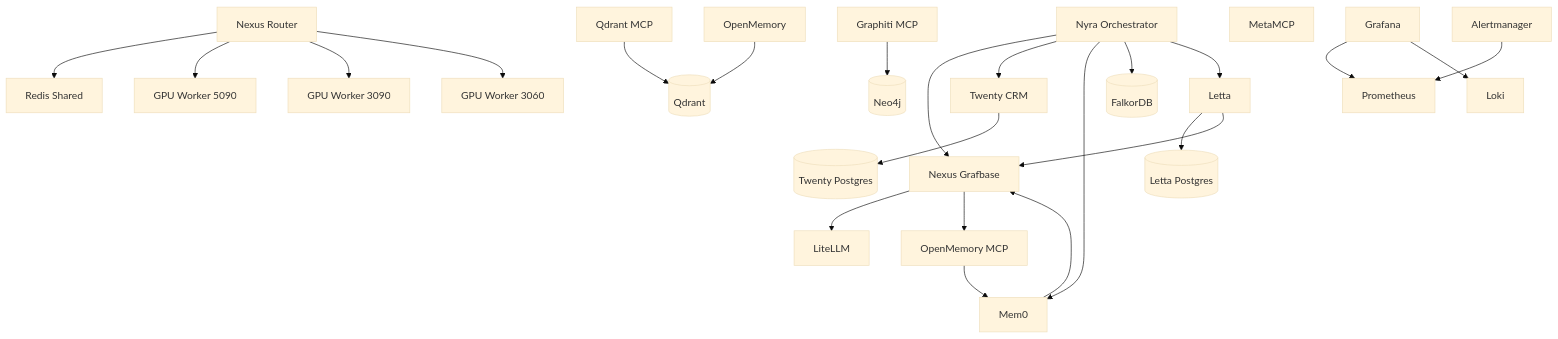
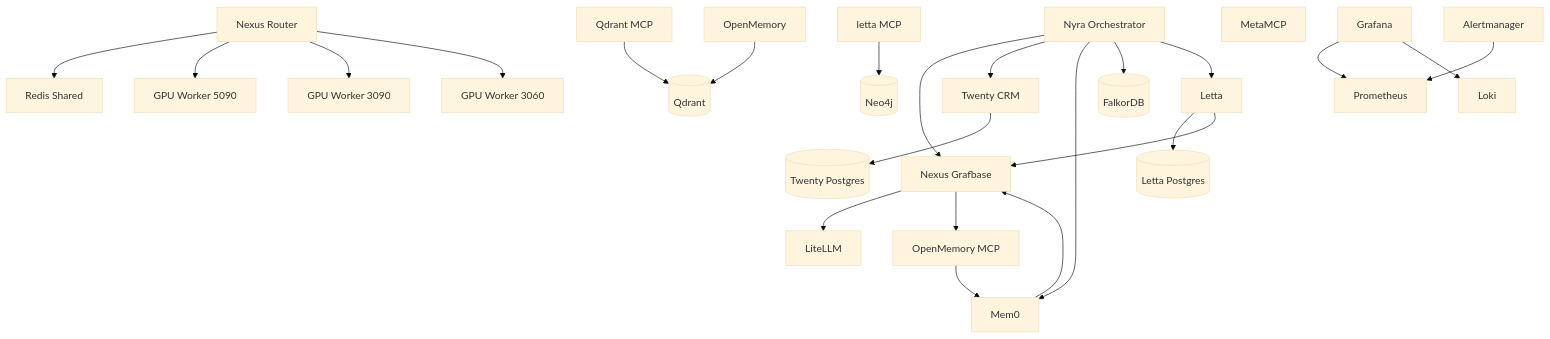
The diagram in docs/architecture/NEXUS-ROUTER-SERVICE-REGISTRY.md (ellisapotheosis/Project-Nyra), drawn with Mermaid (base theme) before and after one commit. The commit also changed other lines of this file and 992 other files, not shown here.

````diff
--- a/docs/architecture/NEXUS-ROUTER-SERVICE-REGISTRY.md
+++ b/docs/architecture/NEXUS-ROUTER-SERVICE-REGISTRY.md
@@ -298,59 +298,59 @@
 ```mermaid
 graph TD
     NR[Nexus Router]
     Redis[Redis Shared]
     GPU1[GPU Worker 5090]
     GPU2[GPU Worker 3090]
     GPU3[GPU Worker 3060]
 
     Nexus[Nexus Grafbase]
     LiteLLM[LiteLLM]
     Twenty[Twenty CRM]
     TwentyDB[(Twenty Postgres)]
     Letta[Letta]
     LettaDB[(Letta Postgres)]
     Mem0[Mem0]
     OpenMemMCP[OpenMemory MCP]
     Orchestrator[Nyra Orchestrator]
 
     Qdrant[(Qdrant)]
     Neo4j[(Neo4j)]
     FalkorDB[(FalkorDB)]
-    GraphitiMCP[Graphiti MCP]
+    lettaMCP[letta MCP]
     QdrantMCP[Qdrant MCP]
     OpenMem[OpenMemory]
     MetaMCP[MetaMCP]
 
     Prom[Prometheus]
     Loki[Loki]
     Grafana[Grafana]
     Alert[Alertmanager]
 
     NR --> Redis
     NR --> GPU1
     NR --> GPU2
     NR --> GPU3
 
     Nexus --> LiteLLM
     Nexus --> OpenMemMCP
 
     Twenty --> TwentyDB
     Letta --> LettaDB
     Letta --> Nexus
     Mem0 --> Nexus
     OpenMemMCP --> Mem0
 
     Orchestrator --> Nexus
     Orchestrator --> Twenty
     Orchestrator --> Mem0
     Orchestrator --> FalkorDB
     Orchestrator --> Letta
 
-    GraphitiMCP --> Neo4j
+    lettaMCP --> Neo4j
     QdrantMCP --> Qdrant
     OpenMem --> Qdrant
 
     Grafana --> Prom
     Grafana --> Loki
     Alert --> Prom
 ```
````
